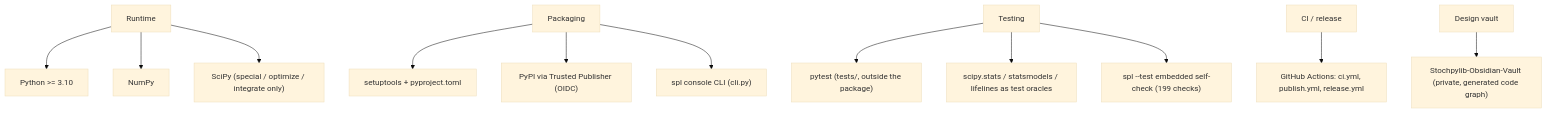
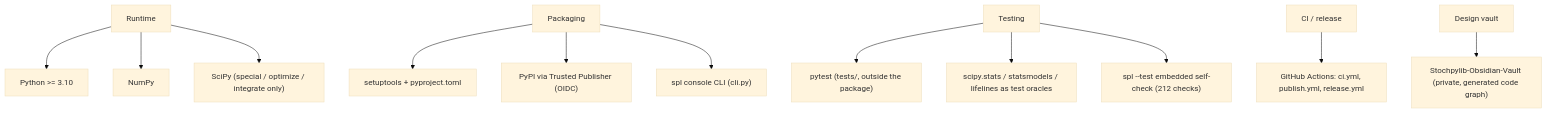
The second of 2 diagrams in development/architecture.md (leon1706-lol/Stochpylib), drawn with Mermaid (base theme) before and after one commit. The commit also changed other lines of this file and 33 other files, not shown here.

````diff
--- a/development/architecture.md
+++ b/development/architecture.md
@@ -63,14 +65,14 @@
 ```mermaid
 flowchart TB
     A["Runtime"] --> A1["Python >= 3.10"]
     A --> A2["NumPy"]
     A --> A3["SciPy (special / optimize / integrate only)"]
     B["Packaging"] --> B1["setuptools + pyproject.toml"]
     B --> B2["PyPI via Trusted Publisher (OIDC)"]
     B --> B3["spl console CLI (cli.py)"]
     C["Testing"] --> C1["pytest (tests/, outside the package)"]
     C --> C2["scipy.stats / statsmodels / lifelines as test oracles"]
-    C --> C3["spl --test embedded self-check (199 checks)"]
+    C --> C3["spl --test embedded self-check (212 checks)"]
     D["CI / release"] --> D1["GitHub Actions: ci.yml, publish.yml, release.yml"]
     E["Design vault"] --> E1["Stochpylib-Obsidian-Vault (private, generated code graph)"]
 ```
````
